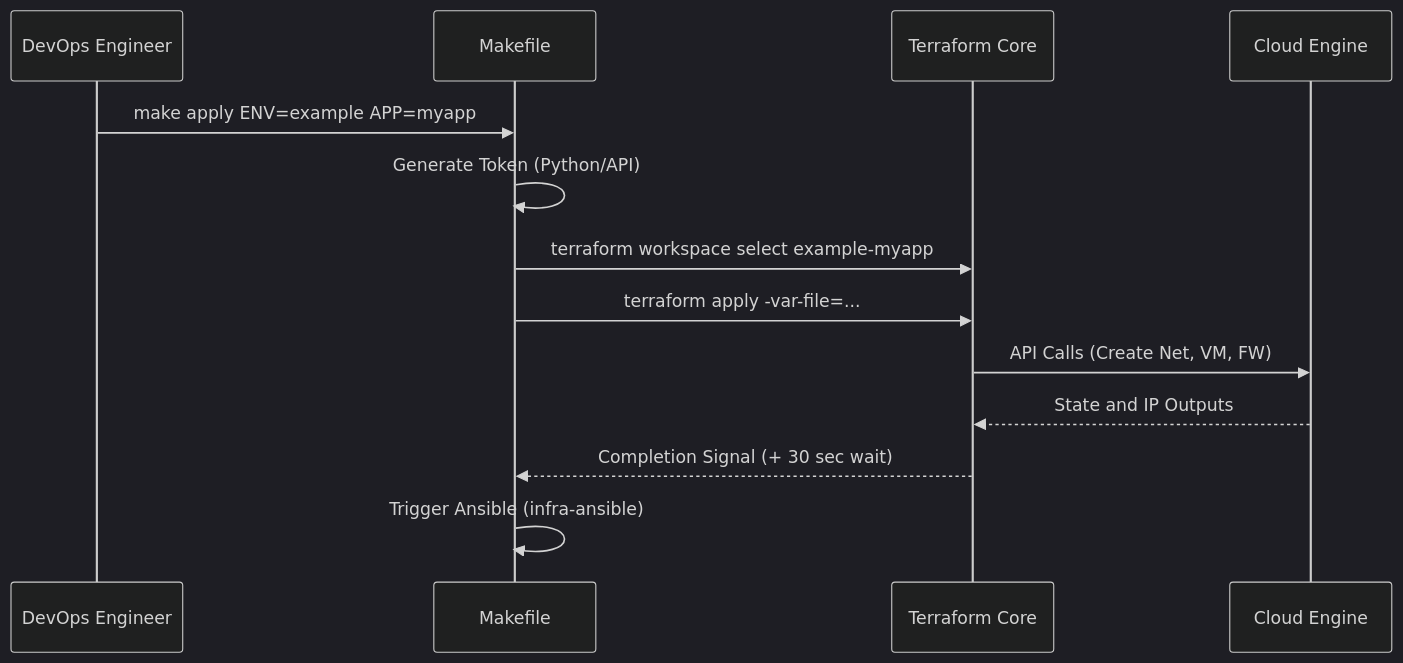
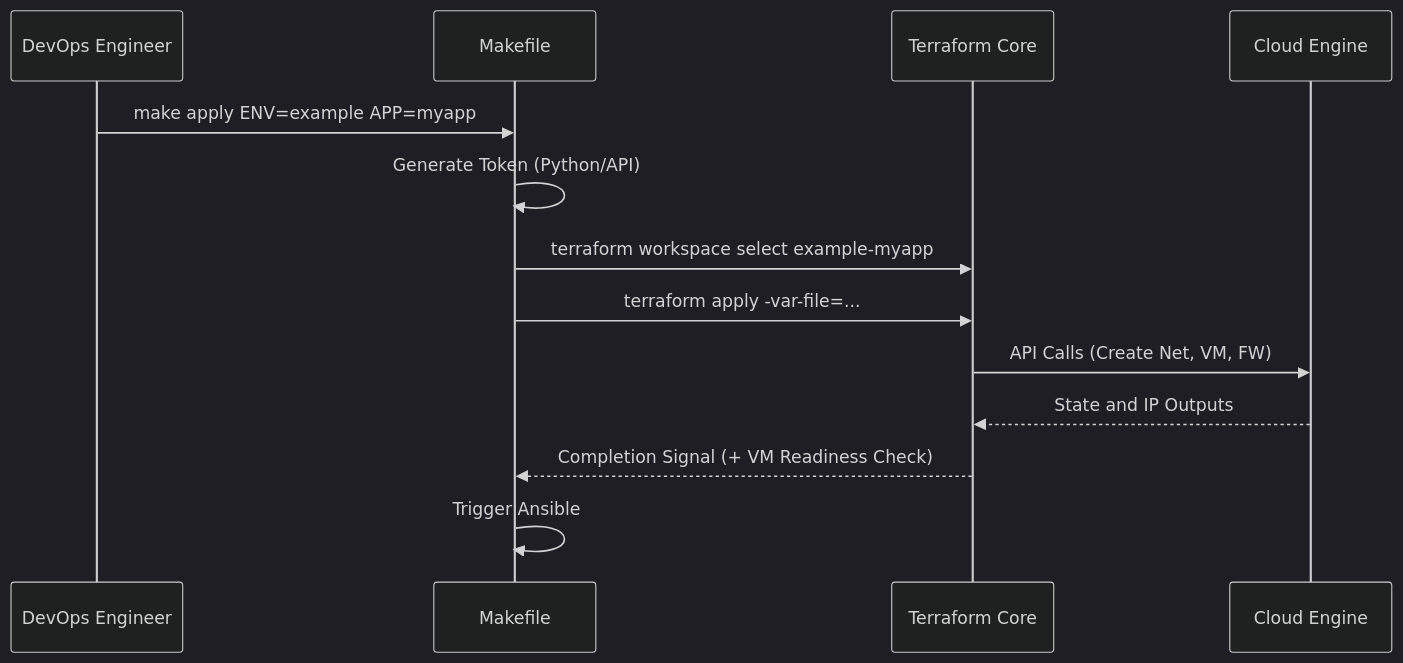
The diagram in terraform/README.md (mtakca/platform-automation), drawn with Mermaid (dark theme) before and after one commit. The commit also changed 25 other files, not shown here.

Commit message:
feat: Add Turkish documentation, implement dynamic VM readiness checks, and refactor Ansible inventory paths from `inventories` to `environments`.

````diff
--- a/terraform/README.md
+++ b/terraform/README.md
@@ -7,16 +7,16 @@
 ```mermaid
 sequenceDiagram
     participant Eng as DevOps Engineer
     participant Make as Makefile
     participant TF as Terraform Core
     participant vCD as Cloud Engine
     
     Eng->>Make: make apply ENV=example APP=myapp
     Make->>Make: Generate Token (Python/API)
     Make->>TF: terraform workspace select example-myapp
     Make->>TF: terraform apply -var-file=...
     TF->>vCD: API Calls (Create Net, VM, FW)
     vCD-->>TF: State and IP Outputs
-    TF-->>Make: Completion Signal (+ 30 sec wait)
-    Make->>Make: Trigger Ansible (infra-ansible)
+    TF-->>Make: Completion Signal (+ VM Readiness Check)
+    Make->>Make: Trigger Ansible
 ```
````
